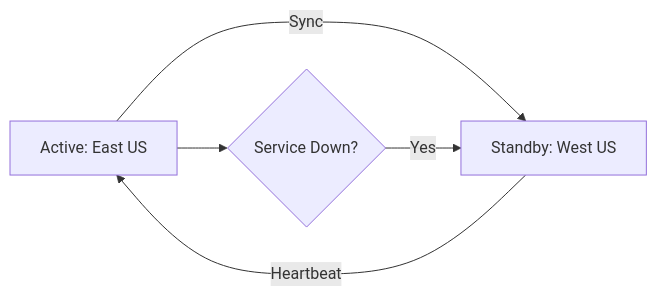
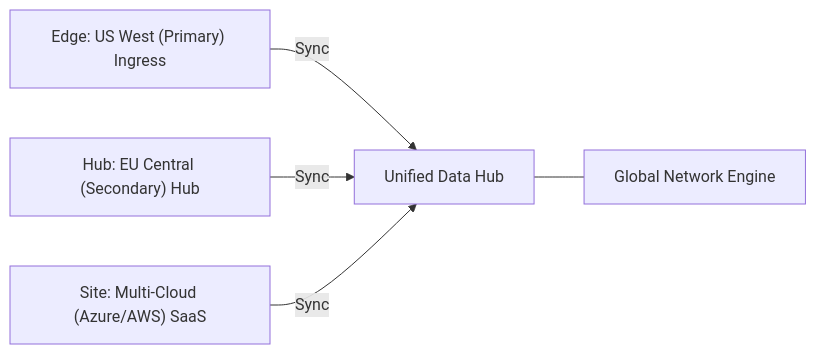
One commit to Devopstrio/cloud-vpn-benchmark changed the third of 11 diagrams in README.md. Above: the diagram before and after it, drawn with Mermaid. The commit also changed other lines of this file, not shown here.

````diff
--- a/README.md
+++ b/README.md
@@ -158,7 +119,7 @@
 ```mermaid
 graph LR
-    Primary[Active: East US] -->|Sync| Secondary[Standby: West US]
-    Secondary -->|Heartbeat| Primary
-    Primary --> Fail{Service Down?}
-    Fail -->|Yes| Secondary
+    RegionA["Edge: US West (Primary) Ingress"] -->|Sync| Hub["Unified Data Hub"]
+    BU["Hub: EU Central (Secondary) Hub"] -->|Sync| Hub
+    Cloud["Site: Multi-Cloud (Azure/AWS) SaaS"] -->|Sync| Hub
+    Hub --- Logic["Global Network Engine"]
 ```
````
